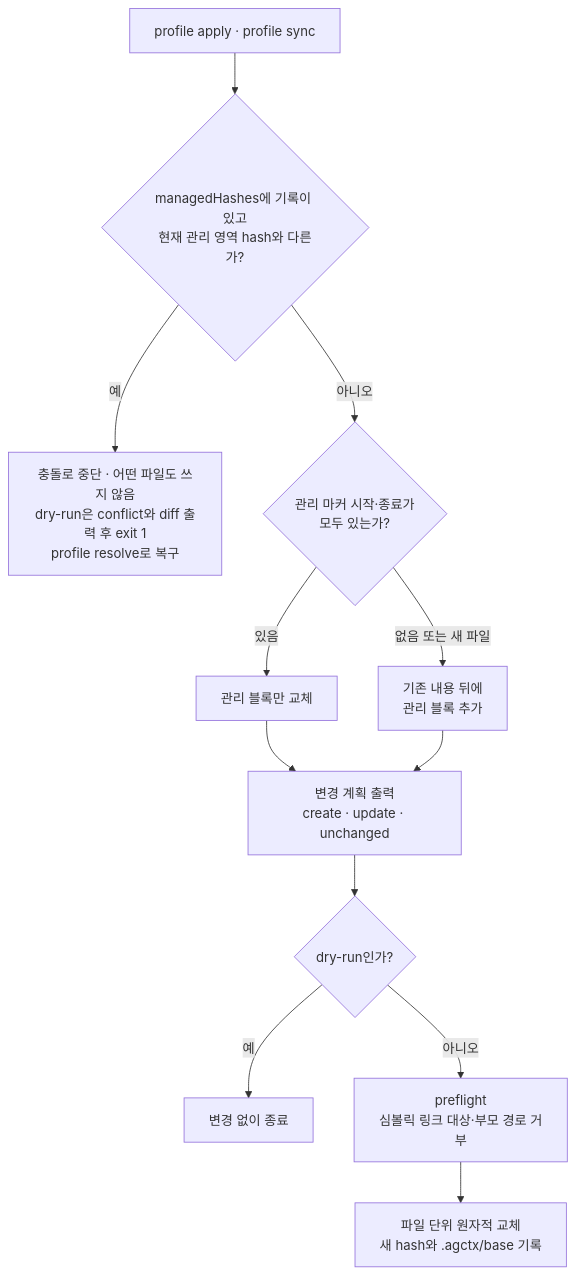
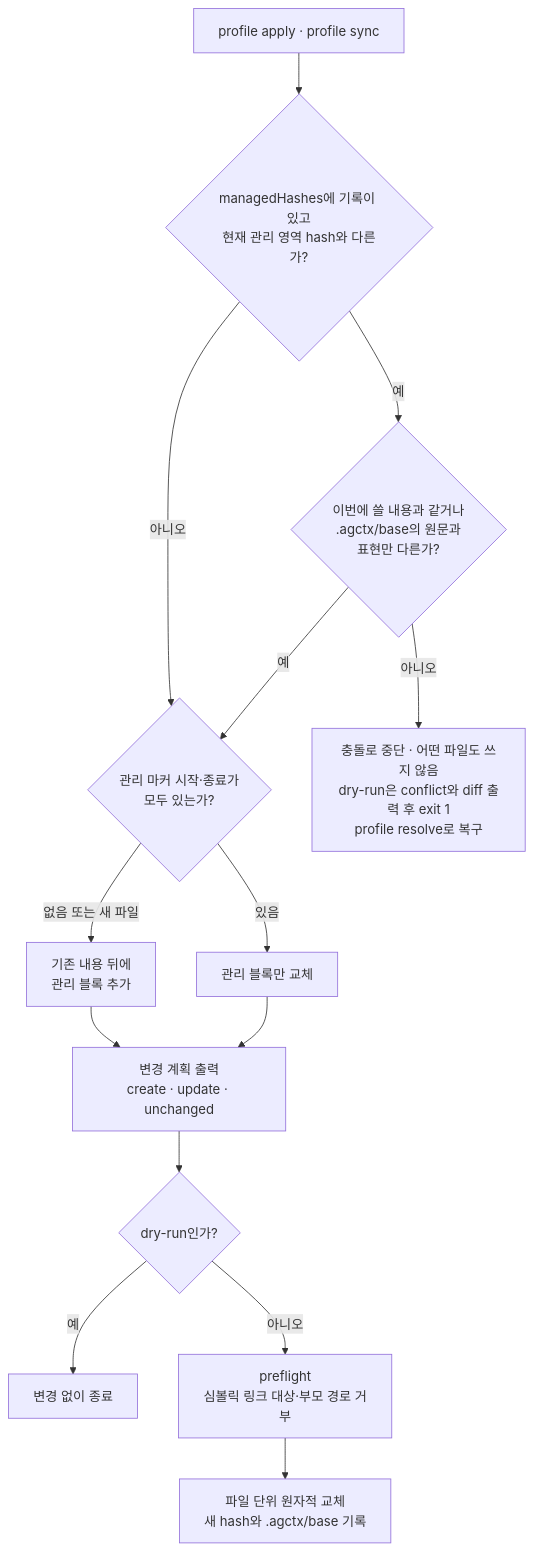
One commit to IsthisLee/agent-context-manager changed the first of 4 diagrams in docs/discussion/architecture/topics/managed-artifact-safety.md. Above: the diagram before and after it, drawn with Mermaid. The commit also changed other lines of this file and 1 other file, not shown here.

````diff
--- a/docs/discussion/architecture/topics/managed-artifact-safety.md
+++ b/docs/discussion/architecture/topics/managed-artifact-safety.md
@@ -59,14 +59,16 @@
 ```mermaid
 flowchart TD
   START["profile apply · profile sync"] --> HASH{"managedHashes에 기록이 있고<br/>현재 관리 영역 hash와 다른가?"}
-  HASH -->|예| STOP["충돌로 중단 · 어떤 파일도 쓰지 않음<br/>dry-run은 conflict와 diff 출력 후 exit 1<br/>profile resolve로 복구"]
+  HASH -->|예| SETTLED{"이번에 쓸 내용과 같거나<br/>.agctx/base의 원문과<br/>표현만 다른가?"}
+  SETTLED -->|예| MARK
+  SETTLED -->|아니오| STOP["충돌로 중단 · 어떤 파일도 쓰지 않음<br/>dry-run은 conflict와 diff 출력 후 exit 1<br/>profile resolve로 복구"]
   HASH -->|아니오| MARK{"관리 마커 시작·종료가<br/>모두 있는가?"}
   MARK -->|있음| REPLACE["관리 블록만 교체"]
   MARK -->|없음 또는 새 파일| APPEND["기존 내용 뒤에<br/>관리 블록 추가"]
   REPLACE --> PLAN["변경 계획 출력<br/>create · update · unchanged"]
   APPEND --> PLAN
   PLAN --> DRY{"dry-run인가?"}
   DRY -->|예| NOCHANGE["변경 없이 종료"]
   DRY -->|아니오| PRE["preflight<br/>심볼릭 링크 대상·부모 경로 거부"]
   PRE --> WRITE["파일 단위 원자적 교체<br/>새 hash와 .agctx/base 기록"]
 ```
````
